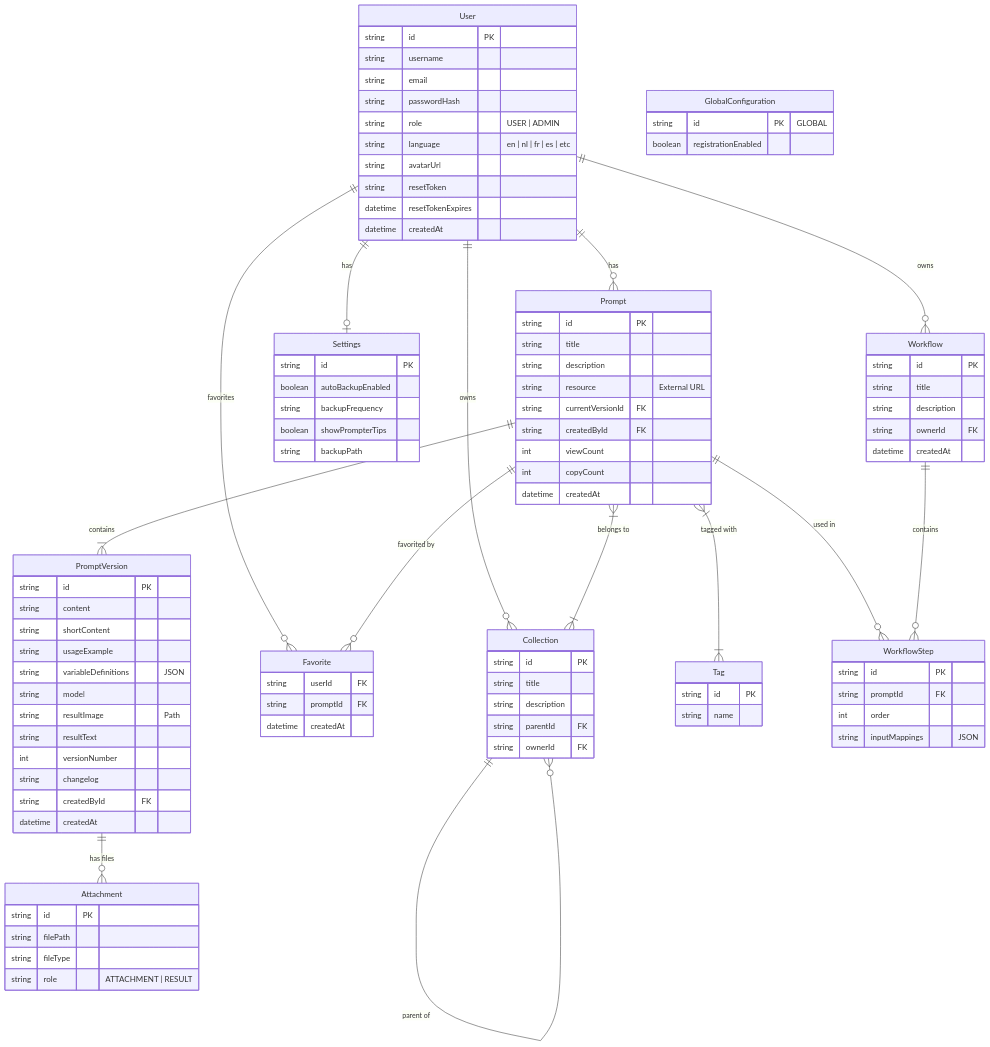
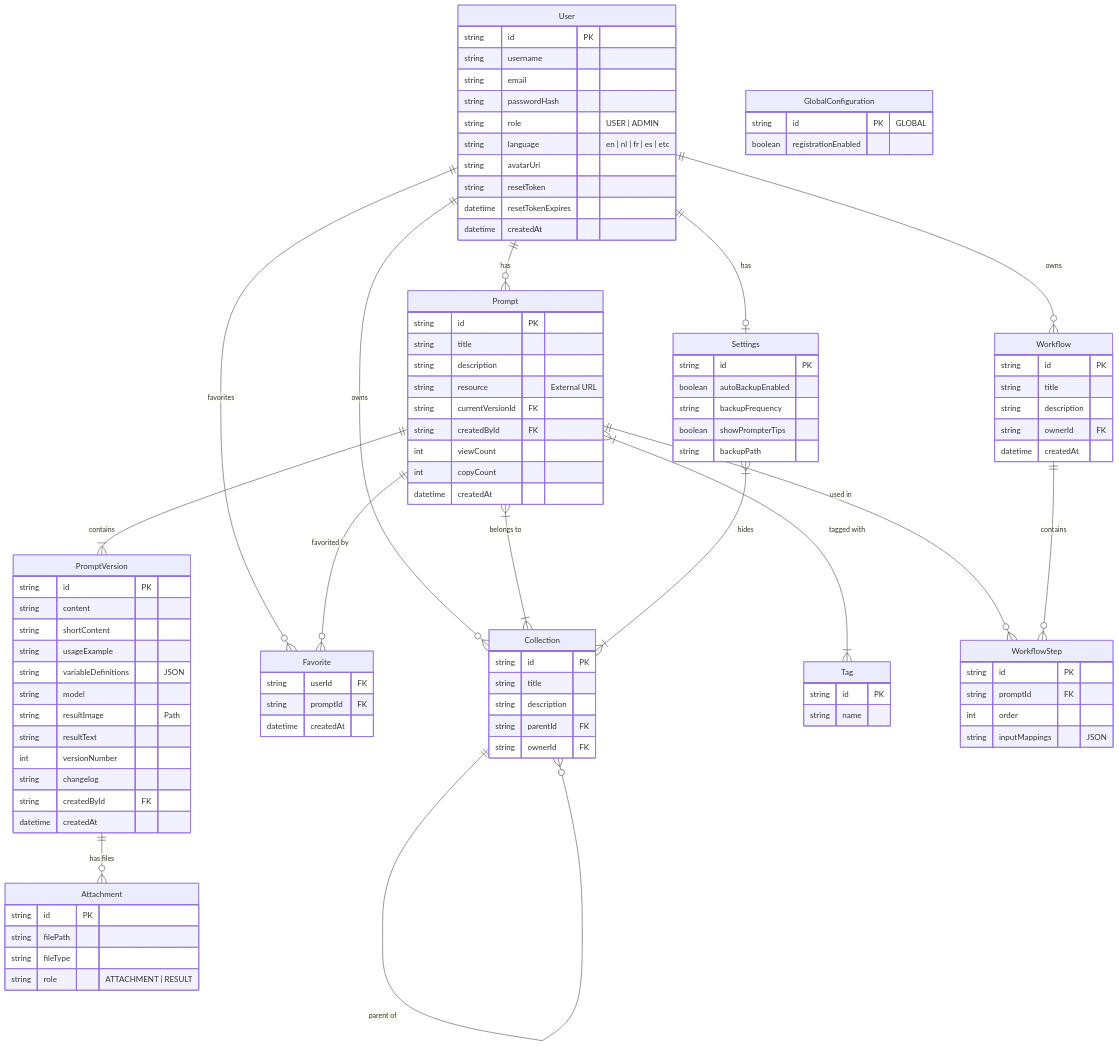
The diagram in docs/diagrams/schema.mmd (jovd83/prompthive), drawn with Mermaid before and after one commit. The commit also changed 44 other files, not shown here.

```diff
--- a/docs/diagrams/schema.mmd
+++ b/docs/diagrams/schema.mmd
@@ -1,109 +1,111 @@
 erDiagram
     User ||--o{ Prompt : has
     User ||--o{ Collection : owns
     User ||--o| Settings : has
     User ||--o{ Workflow : owns
     User ||--o{ Favorite : "favorites"
     
     User {
         string id PK
         string username
         string email
         string passwordHash
         string role "USER | ADMIN"
         string language "en | nl | fr | es | etc"
         string avatarUrl
         string resetToken
         datetime resetTokenExpires
         datetime createdAt
     }
 
     Settings {
         string id PK
         boolean autoBackupEnabled
         string backupFrequency
         boolean showPrompterTips
         string backupPath
     }
     
     GlobalConfiguration {
         string id PK "GLOBAL"
         boolean registrationEnabled
     }
 
     Prompt ||--|{ PromptVersion : contains
     Prompt }|--|{ Collection : "belongs to"
     Prompt }|--|{ Tag : "tagged with"
     Prompt ||--o{ WorkflowStep : "used in"
     Prompt ||--o{ Favorite : "favorited by"
 
     Prompt {
         string id PK
         string title
         string description
         string resource "External URL"
         string currentVersionId FK
         string createdById FK
         int viewCount
         int copyCount
         datetime createdAt
     }
 
     PromptVersion ||--o{ Attachment : "has files"
     PromptVersion {
         string id PK
         string content
         string shortContent
         string usageExample
         string variableDefinitions "JSON"
         string model
         string resultImage "Path"
         string resultText
         int versionNumber
         string changelog
         string createdById FK
         datetime createdAt
     }
 
     Attachment {
         string id PK
         string filePath
         string fileType
         string role "ATTACHMENT | RESULT"
     }
 
     Collection ||--o{ Collection : "parent of"
     Collection {
         string id PK
         string title
         string description
         string parentId FK
         string ownerId FK
     }
 
     Tag {
         string id PK
         string name
     }
 
     Workflow ||--o{ WorkflowStep : contains
     Workflow {
         string id PK
         string title
         string description
         string ownerId FK
         datetime createdAt
     }
 
     WorkflowStep {
         string id PK
         string promptId FK
         int order
         string inputMappings "JSON"
     }
 
     Favorite {
         string userId FK
         string promptId FK
         datetime createdAt
     }
+
+    Settings }|--|{ Collection : "hides"
```
